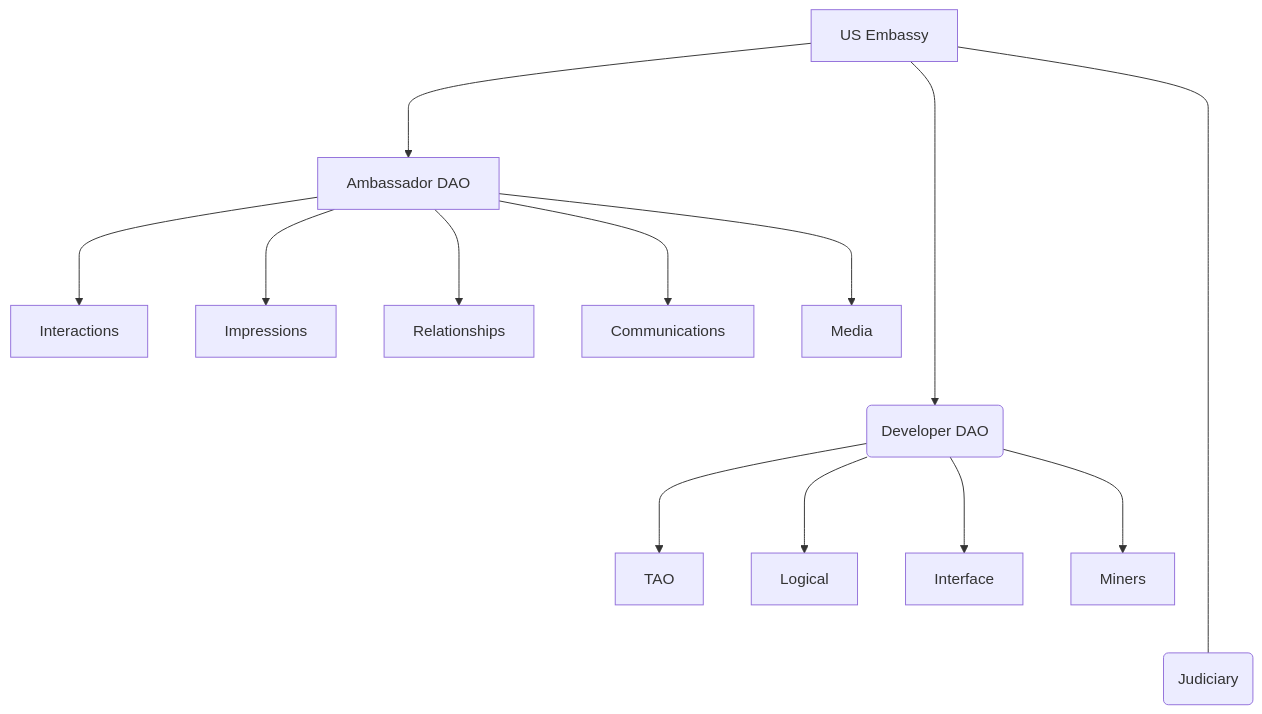
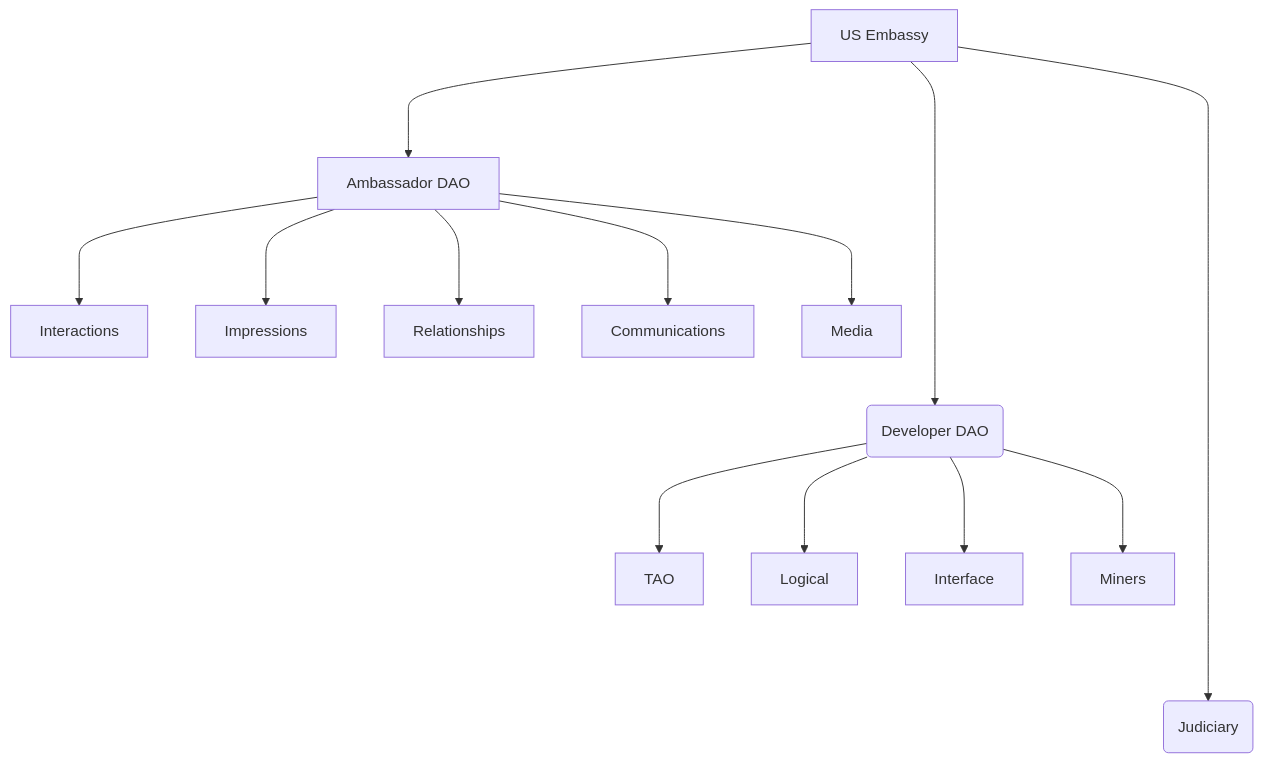
The diagram in dao/org-chart.md (Interactions-Nexus/Nexus-Wiki), drawn with Mermaid before and after one commit. The commit also changed other lines of this file, not shown here.

Commit message:
docs: update dao/org-chart

````diff
--- a/dao/org-chart.md
+++ b/dao/org-chart.md
@@ -16,16 +16,16 @@
 ```mermaid
 flowchart TD
     A[US Embassy]
     A--->B[Ambassador DAO];
     A------>C(Developer DAO);
-    A----------D(Judiciary);
+    A---------->D(Judiciary);
     B--->E[Interactions]
     B--->F[Impressions]
     B--->G[Relationships]
     B--->H[Communications]
     B--->I[Media]
     C--->J[TAO]
     C--->K[Logical]
     C--->L[Interface]
     C--->M[Miners]
 ```
````
